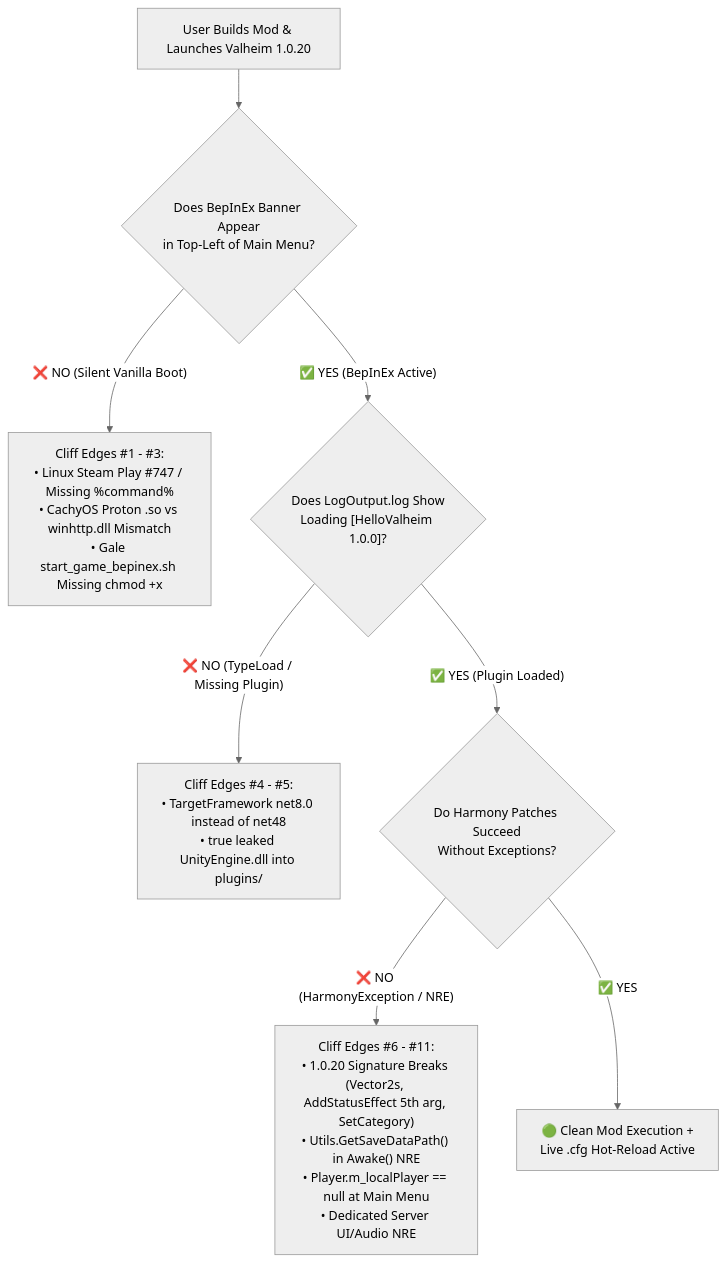
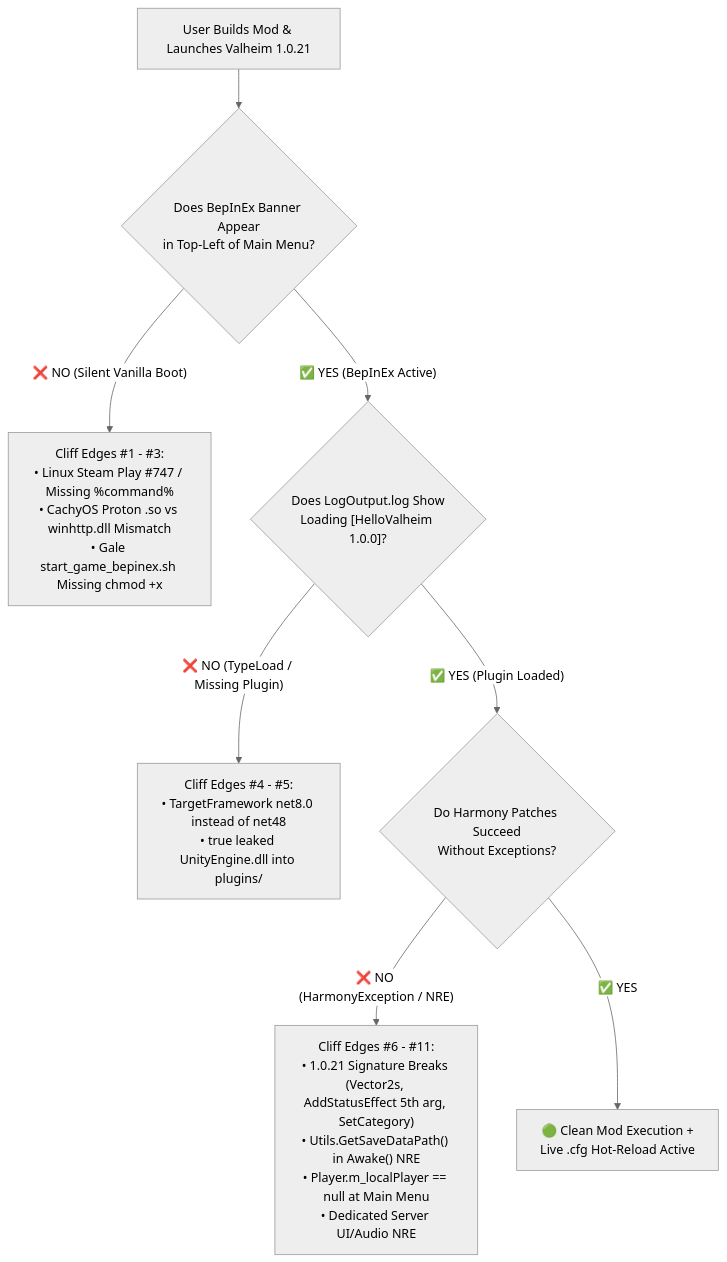
Before and after one commit to djcdevelopment/valheim-modding-101: the diagram in product/02-VALVE-PLAYTEST-DESIGN-RULES.md, drawn with Mermaid (neutral theme). The commit also changed other lines of this file and 33 other files, not shown here.

````diff
--- a/product/02-VALVE-PLAYTEST-DESIGN-RULES.md
+++ b/product/02-VALVE-PLAYTEST-DESIGN-RULES.md
@@ -59,16 +59,16 @@
 ```mermaid
 flowchart TD
-    Boot["User Builds Mod & Launches Valheim 1.0.20"] --> Check1{"Does BepInEx Banner Appear\nin Top-Left of Main Menu?"}
+    Boot["User Builds Mod & Launches Valheim 1.0.21"] --> Check1{"Does BepInEx Banner Appear\nin Top-Left of Main Menu?"}
     
     Check1 -- "❌ NO (Silent Vanilla Boot)" --> Cliff1["Cliff Edges #1 - #3:\n• Linux Steam Play #747 / Missing %command%\n• CachyOS Proton .so vs winhttp.dll Mismatch\n• Gale start_game_bepinex.sh Missing chmod +x"]
     
     Check1 -- "✅ YES (BepInEx Active)" --> Check2{"Does LogOutput.log Show\nLoading [HelloValheim 1.0.0]?"}
     
     Check2 -- "❌ NO (TypeLoad / Missing Plugin)" --> Cliff2["Cliff Edges #4 - #5:\n• TargetFramework net8.0 instead of net48\n• <Private>true</Private> leaked UnityEngine.dll into plugins/"]
     
     Check2 -- "✅ YES (Plugin Loaded)" --> Check3{"Do Harmony Patches Succeed\nWithout Exceptions?"}
     
-    Check3 -- "❌ NO (HarmonyException / NRE)" --> Cliff3["Cliff Edges #6 - #11:\n• 1.0.20 Signature Breaks (Vector2s, AddStatusEffect 5th arg, SetCategory)\n• Utils.GetSaveDataPath() in Awake() NRE\n• Player.m_localPlayer == null at Main Menu\n• Dedicated Server UI/Audio NRE"]
+    Check3 -- "❌ NO (HarmonyException / NRE)" --> Cliff3["Cliff Edges #6 - #11:\n• 1.0.21 Signature Breaks (Vector2s, AddStatusEffect 5th arg, SetCategory)\n• Utils.GetSaveDataPath() in Awake() NRE\n• Player.m_localPlayer == null at Main Menu\n• Dedicated Server UI/Audio NRE"]
     
     Check3 -- "✅ YES" --> Win["🟢 Clean Mod Execution +\nLive .cfg Hot-Reload Active"]
 ```
````
